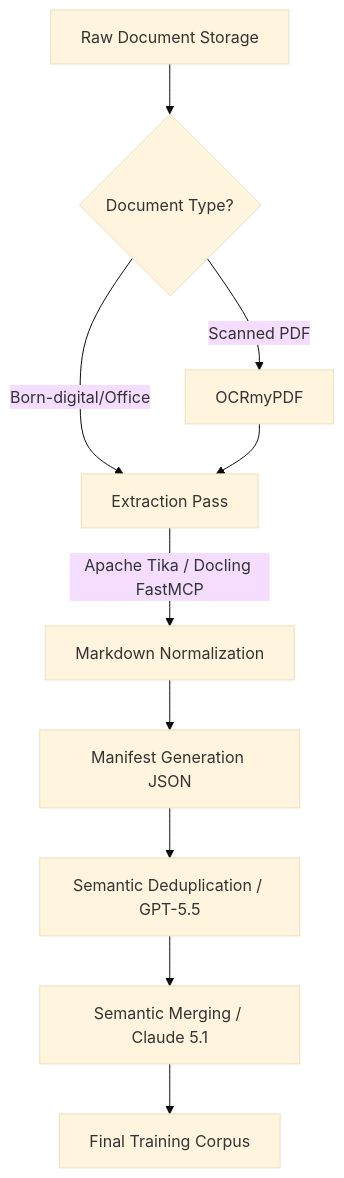
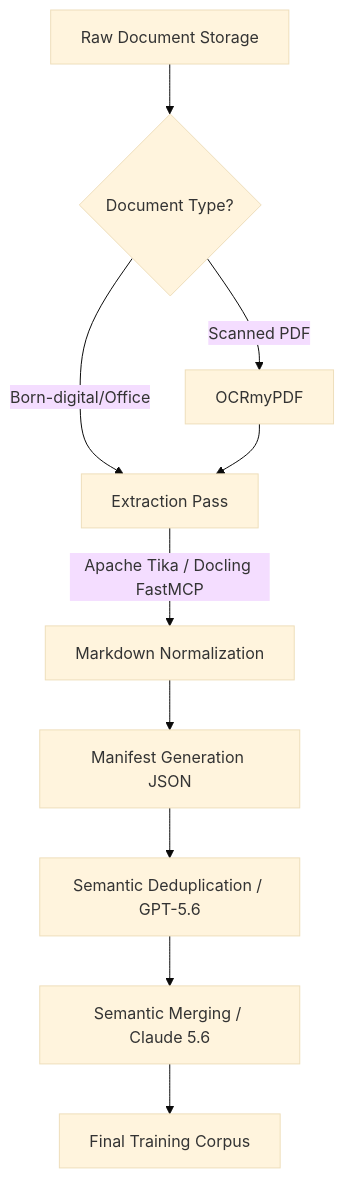
One commit to joanmarcriera/Home-office-automations changed the diagram in docs/playbooks/document-preparation-for-llm-training.md. Above: the diagram before and after it, drawn with Mermaid (base theme). The commit also changed other lines of this file and 5 other files, not shown here.

````diff
--- a/docs/playbooks/document-preparation-for-llm-training.md
+++ b/docs/playbooks/document-preparation-for-llm-training.md
@@ -53,12 +53,12 @@
 ```mermaid
 flowchart TD
     A[Raw Document Storage] --> B{Document Type?}
     B -- Scanned PDF --> C[OCRmyPDF]
     B -- Born-digital/Office --> D[Extraction Pass]
     C --> D
     D -- Apache Tika / Docling FastMCP --> E[Markdown Normalization]
     E --> F[Manifest Generation JSON]
-    F --> G[Semantic Deduplication / GPT-5.5]
-    G --> H[Semantic Merging / Claude 5.1]
+    F --> G[Semantic Deduplication / GPT-5.6]
+    G --> H[Semantic Merging / Claude 5.6]
     H --> I[Final Training Corpus]
 ```
````
